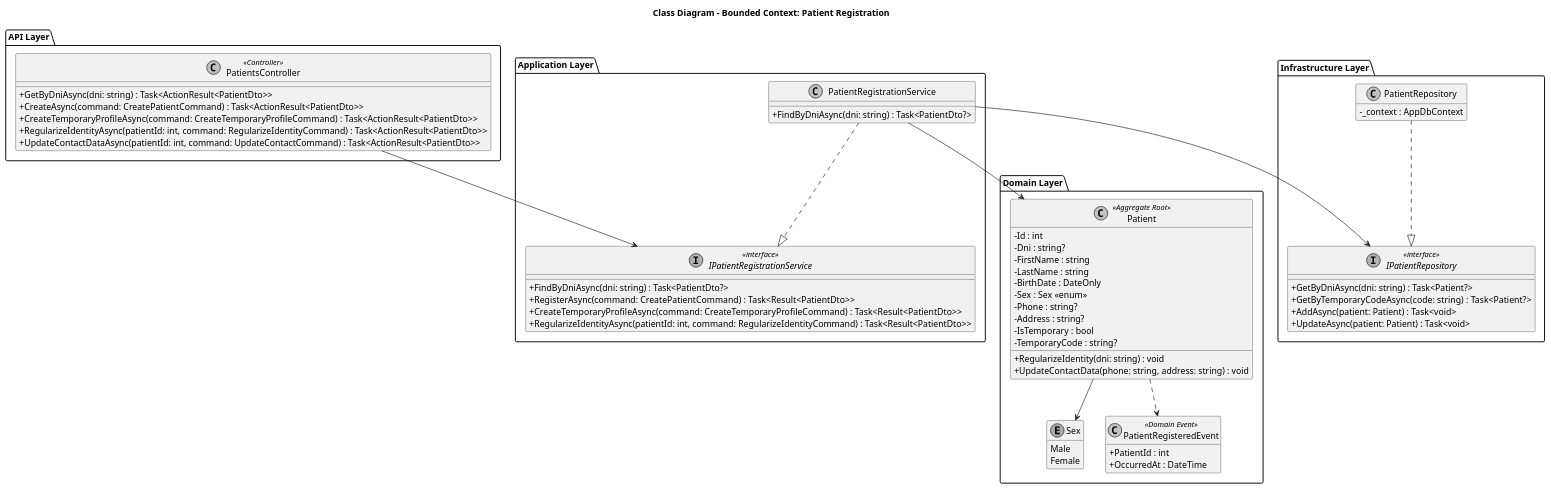
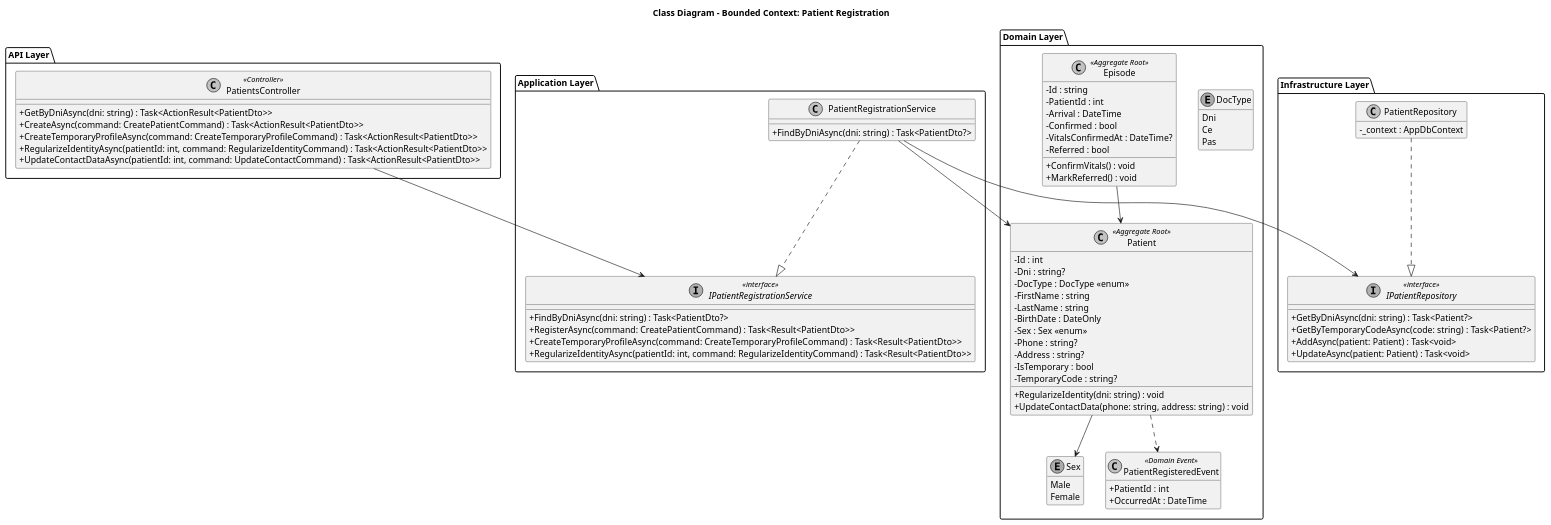
Before and after one commit to upc-pre-1ASI0730-2620-8155-SoliDevs/project-report: the diagram in report/assets/plantuml/class_patient.puml, drawn with PlantUML. The commit also changed 11 other files, not shown here.

First line of the commit message:
docs(report): align class and database diagrams with implemented model

```diff
--- a/report/assets/plantuml/class_patient.puml
+++ b/report/assets/plantuml/class_patient.puml
@@ -1,74 +1,91 @@
 @startuml PatientRegistration
 title Class Diagram - Bounded Context: Patient Registration
 skinparam monochrome true
 skinparam shadowing false
 skinparam classAttributeIconSize 0
 hide empty methods
 
 package "API Layer" {
   class PatientsController <<Controller>> {
     +GetByDniAsync(dni: string) : Task<ActionResult<PatientDto>>
     +CreateAsync(command: CreatePatientCommand) : Task<ActionResult<PatientDto>>
     +CreateTemporaryProfileAsync(command: CreateTemporaryProfileCommand) : Task<ActionResult<PatientDto>>
     +RegularizeIdentityAsync(patientId: int, command: RegularizeIdentityCommand) : Task<ActionResult<PatientDto>>
     +UpdateContactDataAsync(patientId: int, command: UpdateContactCommand) : Task<ActionResult<PatientDto>>
   }
 }
 
 package "Application Layer" {
   interface IPatientRegistrationService <<interface>> {
     +FindByDniAsync(dni: string) : Task<PatientDto?>
     +RegisterAsync(command: CreatePatientCommand) : Task<Result<PatientDto>>
     +CreateTemporaryProfileAsync(command: CreateTemporaryProfileCommand) : Task<Result<PatientDto>>
     +RegularizeIdentityAsync(patientId: int, command: RegularizeIdentityCommand) : Task<Result<PatientDto>>
   }
   class PatientRegistrationService {
     +FindByDniAsync(dni: string) : Task<PatientDto?>
   }
 }
 
 package "Domain Layer" {
   class Patient <<Aggregate Root>> {
     -Id : int
     -Dni : string?
+    -DocType : DocType <<enum>>
     -FirstName : string
     -LastName : string
     -BirthDate : DateOnly
     -Sex : Sex <<enum>>
     -Phone : string?
     -Address : string?
     -IsTemporary : bool
     -TemporaryCode : string?
     +RegularizeIdentity(dni: string) : void
     +UpdateContactData(phone: string, address: string) : void
   }
   enum Sex {
     Male
     Female
   }
+  enum DocType {
+    Dni
+    Ce
+    Pas
+  }
   class PatientRegisteredEvent <<Domain Event>> {
     +PatientId : int
     +OccurredAt : DateTime
+  }
+  class Episode <<Aggregate Root>> {
+    -Id : string
+    -PatientId : int
+    -Arrival : DateTime
+    -Confirmed : bool
+    -VitalsConfirmedAt : DateTime?
+    -Referred : bool
+    +ConfirmVitals() : void
+    +MarkReferred() : void
   }
 }
 
 package "Infrastructure Layer" {
   interface IPatientRepository <<interface>> {
     +GetByDniAsync(dni: string) : Task<Patient?>
     +GetByTemporaryCodeAsync(code: string) : Task<Patient?>
     +AddAsync(patient: Patient) : Task<void>
     +UpdateAsync(patient: Patient) : Task<void>
   }
   class PatientRepository {
     -_context : AppDbContext
   }
 }
 
 PatientsController --> IPatientRegistrationService
 PatientRegistrationService ..|> IPatientRegistrationService
 PatientRegistrationService --> Patient
 PatientRegistrationService --> IPatientRepository
 PatientRepository ..|> IPatientRepository
 Patient --> Sex
 Patient ..> PatientRegisteredEvent
+Episode --> Patient
 @enduml
```
